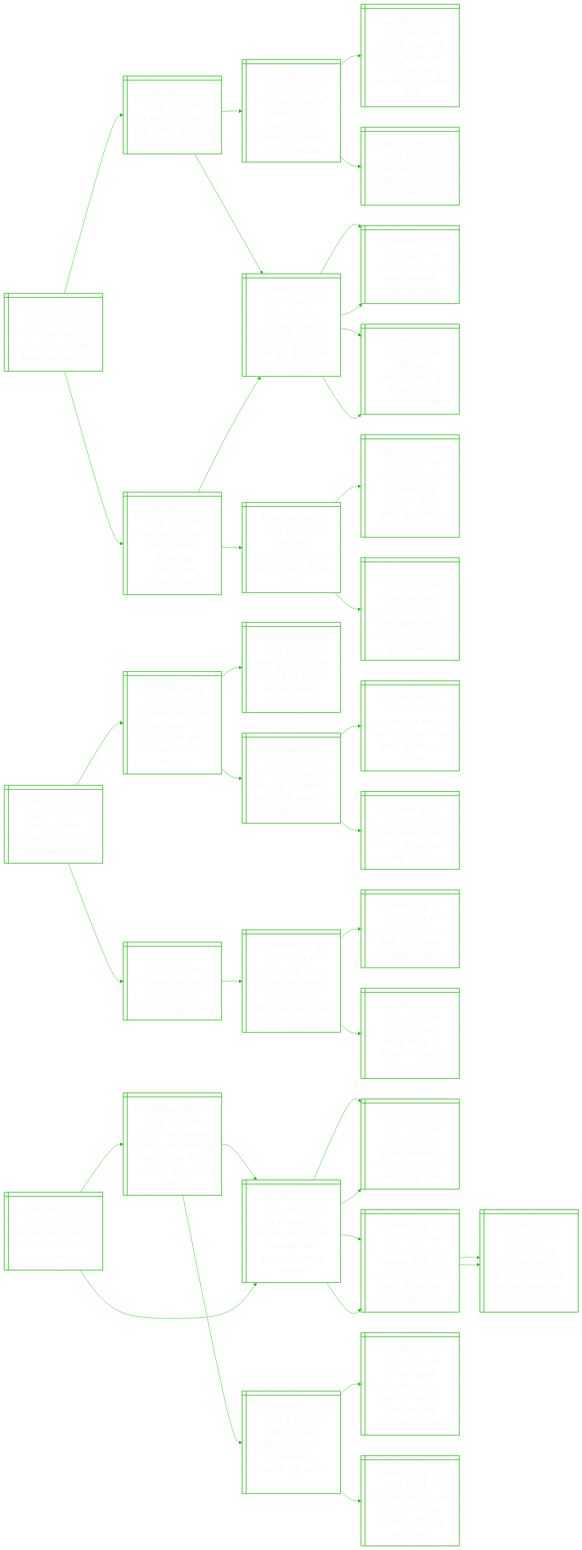
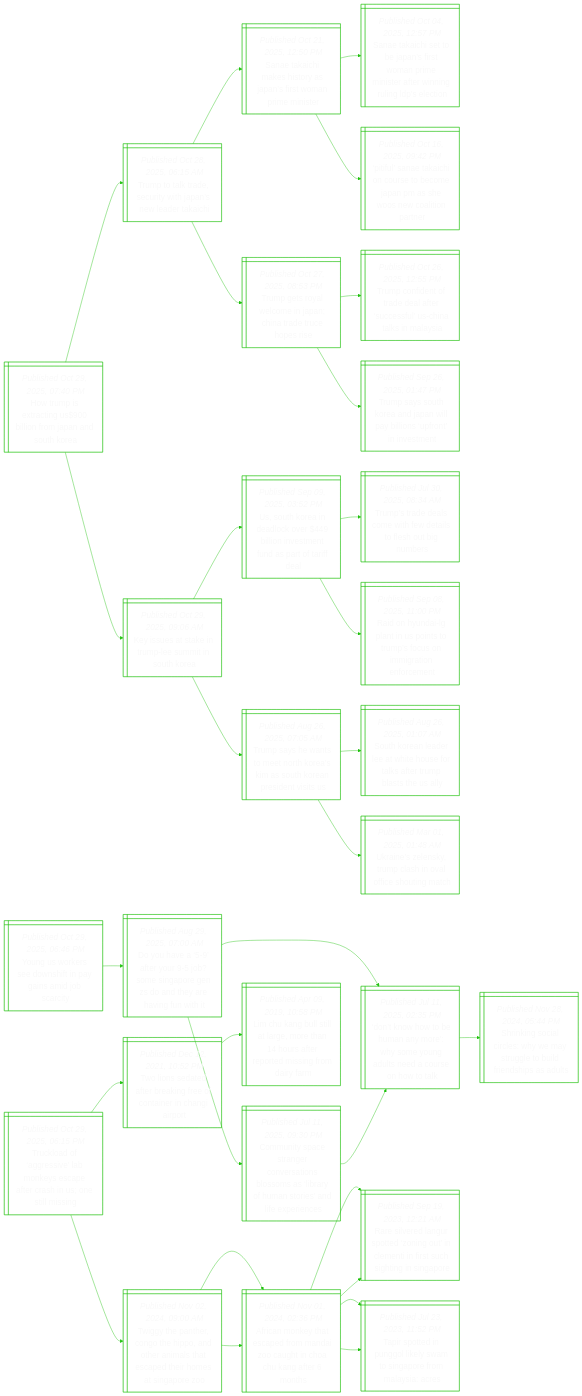
The diagram in README.md (notJmes/notJmes), drawn with Mermaid before and after one commit. The commit also changed other lines of this file, not shown here.

````diff
--- a/README.md
+++ b/README.md
@@ -16,121 +16,100 @@
 flowchart LR
 classDef txtsize font-size:20px;
 
-HceaCofeaJc@{ shape: win-pane, label: "_Published Oct 29, 2025, 04:46 PM_
-Hurricane melissa hits cuba hours after devastating jamaica" }
-JcrsrmiMsnu@{ shape: win-pane, label: "_Published Oct 28, 2025, 08:05 PM_
-Jamaica’s strongest-ever storm, hurricane melissa, turns to cuba" }
-Imhmgitmrnetic@{ shape: win-pane, label: "_Published Nov 20, 2024, 07:49 PM_
-Is climate change making tropical storms more frequent? scientists say it’s unclear" }
-Ctatoalenivlei@{ shape: win-pane, label: "_Published Nov 19, 2024, 06:00 PM_
-Climate finance at cop29: loans can’t help developing nations avert climate crisis" }
-SToythpmoua@{ shape: win-pane, label: "_Published Nov 17, 2024, 10:45 AM_
-Super typhoon man-yi batters philippines’ most populous island" }
-HcehnaaaaHamau@{ shape: win-pane, label: "_Published Jul 03, 2024, 01:40 PM_
-Hurricane beryl, churning towards jamaica, threatens haiti and dominican republic" }
-Pfrnymael@{ shape: win-pane, label: "_Published Jul 02, 2024, 11:05 AM_
-Powerful hurricane beryl pummels caribbean islands" }
-Wptfitfnreo@{ shape: win-pane, label: "_Published Jul 03, 2024, 12:20 PM_
-Why ‘rapid intensification’ is transforming hurricane season" }
-HceanhaatoCoo@{ shape: win-pane, label: "_Published Oct 28, 2025, 04:05 AM_
-Hurricane melissa begins lashing jamaica as ‘catastrophic’ category 5 storm" }
-HcehnaaaaHamau@{ shape: win-pane, label: "_Published Jul 03, 2024, 01:40 PM_
-Hurricane beryl, churning towards jamaica, threatens haiti and dominican republic" }
-Pfrnymael@{ shape: win-pane, label: "_Published Jul 02, 2024, 11:05 AM_
-Powerful hurricane beryl pummels caribbean islands" }
-Wptfitfnreo@{ shape: win-pane, label: "_Published Jul 03, 2024, 12:20 PM_
-Why ‘rapid intensification’ is transforming hurricane season" }
-SlUegonrctn@{ shape: win-pane, label: "_Published Sep 01, 2025, 05:00 AM_
-St explains: unravelling typhoons and emerging climate trends" }
-ToilVaTatnoedo@{ shape: win-pane, label: "_Published Aug 27, 2025, 01:57 PM_
-Typhoon kajiki kills 8 in vietnam and thailand, with warnings of more flooding to come" }
-SlWathradnresrs@{ shape: win-pane, label: "_Published Aug 26, 2025, 01:18 PM_
-St explains: what caused the johor earthquake and is singapore safe from such tremors?" }
+HuecUlrpdha@{ shape: win-pane, label: "_Published Oct 29, 2025, 07:40 PM_
+How trump is extracting us$900 billion from japan and south korea" }
+Ttkeripedki@{ shape: win-pane, label: "_Published Oct 28, 2025, 06:15 AM_
+Trump to talk trade, security with japan’s new leader takaichi" }
+STcksaarminr@{ shape: win-pane, label: "_Published Oct 21, 2025, 12:50 PM_
+Sanae takaichi makes history as japan’s first woman prime minister" }
+STctJstnesfignst@{ shape: win-pane, label: "_Published Oct 04, 2025, 12:57 PM_
+Sanae takaichi set to be japan’s first woman prime minister after winning ruling ldp’s election" }
+Puaaorbensoctar@{ shape: win-pane, label: "_Published Oct 16, 2025, 09:42 PM_
+‘pitiful’ sanae takaichi on course to become japan pm as she woos new coalition partner" }
+Tgoeepiaups@{ shape: win-pane, label: "_Published Oct 27, 2025, 08:53 PM_
+Trump gets royal welcome in japan; china trade truce hopes rise" }
+TcdfeassUnkai@{ shape: win-pane, label: "_Published Oct 26, 2025, 12:55 PM_
+Trump confident of trade deal after ‘successful’ us-china talks in malaysia" }
+Tsoonalinrnst@{ shape: win-pane, label: "_Published Sep 26, 2025, 01:47 PM_
+Trump says south korea and japan will pay billions ‘upfront’ in investment" }
+Ksteueioo@{ shape: win-pane, label: "_Published Oct 29, 2025, 09:06 AM_
+Key issues at stake in trump-lee summit in south korea" }
+Uteecrivenatf@{ shape: win-pane, label: "_Published Sep 09, 2025, 03:52 PM_
+Us, south korea in deadlock over $449 billion investment fund as part of tariff deal" }
+Tsesweaohib@{ shape: win-pane, label: "_Published Jul 30, 2025, 08:34 AM_
+Trump’s trade deals come with few details to flesh out big numbers" }
+Rndpiotmcirnrn@{ shape: win-pane, label: "_Published Sep 08, 2025, 11:00 PM_
+Raid on hyundai-lg plant in us points to trump’s focus on immigration enforcement" }
+TsesetemurresS@{ shape: win-pane, label: "_Published Aug 26, 2025, 07:05 AM_
+Trump says he wants to meet north korea’s kim as south korean president visits us" }
+SKneatstaTbsS@{ shape: win-pane, label: "_Published Aug 26, 2025, 01:07 AM_
+South korean leader lee at white house for talks after trump blasts the us ally" }
+Unlyphaiogh@{ shape: win-pane, label: "_Published Mar 01, 2025, 01:48 AM_
+Ukraine’s zelensky, trump clash in oval office shouting match" }
 
-HceaCofeaJc:::txtsize --> JcrsrmiMsnu:::txtsize
-JcrsrmiMsnu:::txtsize --> Imhmgitmrnetic:::txtsize
-Imhmgitmrnetic:::txtsize --> Ctatoalenivlei:::txtsize
-Imhmgitmrnetic:::txtsize --> SToythpmoua:::txtsize
-JcrsrmiMsnu:::txtsize --> HcehnaaaaHamau:::txtsize
-HcehnaaaaHamau:::txtsize --> Pfrnymael:::txtsize
-HcehnaaaaHamau:::txtsize --> Wptfitfnreo:::txtsize
-HceaCofeaJc:::txtsize --> HceanhaatoCoo:::txtsize
-HceanhaatoCoo:::txtsize --> HcehnaaaaHamau:::txtsize
-HcehnaaaaHamau:::txtsize --> Pfrnymael:::txtsize
-HcehnaaaaHamau:::txtsize --> Wptfitfnreo:::txtsize
-HceanhaatoCoo:::txtsize --> SlUegonrctn:::txtsize
-SlUegonrctn:::txtsize --> ToilVaTatnoedo:::txtsize
-SlUegonrctn:::txtsize --> SlWathradnresrs:::txtsize
+HuecUlrpdha:::txtsize --> Ttkeripedki:::txtsize
+Ttkeripedki:::txtsize --> STcksaarminr:::txtsize
+STcksaarminr:::txtsize --> STctJstnesfignst:::txtsize
+STcksaarminr:::txtsize --> Puaaorbensoctar:::txtsize
+Ttkeripedki:::txtsize --> Tgoeepiaups:::txtsize
+Tgoeepiaups:::txtsize --> TcdfeassUnkai:::txtsize
+Tgoeepiaups:::txtsize --> Tsoonalinrnst:::txtsize
+HuecUlrpdha:::txtsize --> Ksteueioo:::txtsize
+Ksteueioo:::txtsize --> Uteecrivenatf:::txtsize
+Uteecrivenatf:::txtsize --> Tsesweaohib:::txtsize
+Uteecrivenatf:::txtsize --> Rndpiotmcirnrn:::txtsize
+Ksteueioo:::txtsize --> TsesetemurresS:::txtsize
+TsesetemurresS:::txtsize --> SKneatstaTbsS:::txtsize
+TsesetemurresS:::txtsize --> Unlyphaiogh:::txtsize
 
-Rdtvsorag@{ shape: win-pane, label: "_Published Oct 29, 2025, 04:35 PM_
-Record potato harvest is no boon in fries-mad belgium" }
-SgaareWoresoeiTk@{ shape: win-pane, label: "_Published Aug 16, 2025, 12:15 PM_
-Six-figure sales each durian season: why s’pore durian sellers are now live selling on tiktok" }
-Bioivralbdas@{ shape: win-pane, label: "_Published Aug 04, 2025, 04:00 AM_
-Best gifts for durian lovers from $7 that will last beyond durian season" }
-Tsuieotoiasg@{ shape: win-pane, label: "_Published Jul 12, 2025, 11:15 AM_
-The rise of tupai king, the rage of weather: how durian season is changing" }
-TKelhwhlrma@{ shape: win-pane, label: "_Published May 17, 2025, 03:26 PM_
-‘tupai king’ set to claim the crown in the world of premium durian" }
-SpncooiafE@{ shape: win-pane, label: "_Published Jul 09, 2025, 10:58 AM_
-Singaporeans flock to johor for durian feasts after ge2025" }
-EmnIsiriat@{ shape: win-pane, label: "_Published Oct 07, 2025, 05:15 PM_
-Extreme rain hits india’s premier darjeeling tea estates" }
-Hrteondlssdalna@{ shape: win-pane, label: "_Published Oct 06, 2025, 03:11 PM_
-Heavy rains trigger floods, landslides killing scores in india’s darjeeling and nepal" }
-Hrittpoa@{ shape: win-pane, label: "_Published Oct 05, 2025, 01:31 PM_
-Heavy rain kills at least 47 in nepal, block roads" }
-Toliaonlajg@{ shape: win-pane, label: "_Published Sep 29, 2025, 09:53 AM_
-Typhoon bualoi brings havoc to vietnam, killing 13 and injuring 46" }
+YUkentysjay@{ shape: win-pane, label: "_Published Oct 29, 2025, 06:46 PM_
+Young us workers see downshift in pay gains amid job scarcity" }
+DhayoeaGdtrini@{ shape: win-pane, label: "_Published Aug 29, 2025, 07:00 AM_
+Do you have a ‘5-9’ after your 9-5 job? some singapore gen zs do and they are having fun with it" }
+Dnwharsodncewl@{ shape: win-pane, label: "_Published Jul 11, 2025, 02:35 PM_
+‘don’t know how to be human any more’: why some young adults need a course on how to talk" }
+Skocewsgbfdsu@{ shape: win-pane, label: "_Published Nov 28, 2024, 05:44 PM_
+Shrinking social circles: why we may struggle to build friendships as adults" }
+Cnptevtbolrutsipn@{ shape: win-pane, label: "_Published Jul 11, 2025, 09:30 PM_
+Community space stranger conversations blossoms as ‘library of human stories’ and life experiences" }
+Dnwharsodncewl@{ shape: win-pane, label: "_Published Jul 11, 2025, 02:35 PM_
+‘don’t know how to be human any more’: why some young adults need a course on how to talk" }
 
-Rdtvsorag:::txtsize --> SgaareWoresoeiTk:::txtsize
-SgaareWoresoeiTk:::txtsize --> Bioivralbdas:::txtsize
-SgaareWoresoeiTk:::txtsize --> Tsuieotoiasg:::txtsize
-Tsuieotoiasg:::txtsize --> TKelhwhlrma:::txtsize
-Tsuieotoiasg:::txtsize --> SpncooiafE:::txtsize
-Rdtvsorag:::txtsize --> EmnIsiriat:::txtsize
-EmnIsiriat:::txtsize --> Hrteondlssdalna:::txtsize
-Hrteondlssdalna:::txtsize --> Hrittpoa:::txtsize
-Hrteondlssdalna:::txtsize --> Toliaonlajg:::txtsize
+YUkentysjay:::txtsize --> DhayoeaGdtrini:::txtsize
+DhayoeaGdtrini:::txtsize --> Dnwharsodncewl:::txtsize
+Dnwharsodncewl:::txtsize --> Skocewsgbfdsu:::txtsize
+DhayoeaGdtrini:::txtsize --> Cnptevtbolrutsipn:::txtsize
+Cnptevtbolrutsipn:::txtsize --> Dnwharsodncewl:::txtsize
 
-Binredber@{ shape: win-pane, label: "_Published Oct 29, 2025, 03:45 PM_
-Britain’s king charles heckled over brother andrew" }
-Bsarcetfgeostei@{ shape: win-pane, label: "_Published Oct 26, 2025, 09:30 PM_
-British royal andrew faces speculation of being forced out of mansion, stripped of titles" }
-Vnumroeieryin@{ shape: win-pane, label: "_Published Oct 21, 2025, 06:12 PM_
-Virginia giuffre memoir goes on sale, heaping fresh scrutiny on prince andrew" }
-Biinastiifeal@{ shape: win-pane, label: "_Published Feb 16, 2022, 12:22 AM_
-Britain's prince andrew agrees to settle virginia giuffre sex assault claim" }
-BiingunluYteaas@{ shape: win-pane, label: "_Published Oct 18, 2025, 03:26 AM_
-Britain’s prince andrew gives up using title of duke of york, still denies accusations" }
-Jetcriiebceiy@{ shape: win-pane, label: "_Published Apr 26, 2025, 12:15 PM_
-Jeffrey epstein accuser virginia giuffre dies by suicide, her family says" }
-Jetcriierctfulrh@{ shape: win-pane, label: "_Published Apr 02, 2025, 01:05 AM_
-Jeffrey epstein accuser virginia giuffre in serious condition after australia car crash" }
-FrlEphrsssch@{ shape: win-pane, label: "_Published Mar 13, 2025, 02:31 AM_
-Former barclays ceo slept with jeffrey epstein’s assistant, court hears" }
-Vnumroeieryin@{ shape: win-pane, label: "_Published Oct 21, 2025, 06:12 PM_
-Virginia giuffre memoir goes on sale, heaping fresh scrutiny on prince andrew" }
-Biinastiifeal@{ shape: win-pane, label: "_Published Feb 16, 2022, 12:22 AM_
-Britain's prince andrew agrees to settle virginia giuffre sex assault claim" }
-BiingunluYteaas@{ shape: win-pane, label: "_Published Oct 18, 2025, 03:26 AM_
-Britain’s prince andrew gives up using title of duke of york, still denies accusations" }
-Peeuaaaehatho@{ shape: win-pane, label: "_Published Oct 16, 2025, 06:12 PM_
-Prince andrew accuser says he acted as if sex with her was ‘birthright’: memoir" }
-Peeuaaaehatho@{ shape: win-pane, label: "_Published Oct 16, 2025, 06:12 PM_
-Prince andrew accuser says he acted as if sex with her was ‘birthright’: memoir" }
+TlfeeospesStig@{ shape: win-pane, label: "_Published Oct 29, 2025, 06:15 PM_
+Truckload of ‘aggressive’ lab monkeys escape after crash in us; one still missing" }
+TodabieonCio@{ shape: win-pane, label: "_Published Dec 12, 2021, 10:52 PM_
+Two lions sedated after breaking free of container in changi airport" }
+Lubttetofeesrir@{ shape: win-pane, label: "_Published Apr 09, 2019, 10:58 PM_
+Lim chu kang bull still at large, more than 14 hours after reported missing from dairy farm" }
+Tyaroinemhcthage@{ shape: win-pane, label: "_Published Nov 02, 2024, 09:00 AM_
+Twiggy the panther, congo the hippo, and other animals that escaped their homes at singapore zoo" }
+AakaarnogChgrh@{ shape: win-pane, label: "_Published Nov 01, 2024, 02:36 PM_
+African monkey that escaped from mandai zoo caught in choa chu kang after 6 months" }
+RiegozgnentsiSp@{ shape: win-pane, label: "_Published Sep 19, 2023, 12:21 AM_
+Rare silvered langur spotted ‘zoning out’ in clementi in first such sighting in singapore" }
+Tseullmnrmyc@{ shape: win-pane, label: "_Published Jul 23, 2023, 11:52 PM_
+Tapir spotted in punggol likely swam to singapore from malaysia: acres" }
+AakaarnogChgrh@{ shape: win-pane, label: "_Published Nov 01, 2024, 02:36 PM_
+African monkey that escaped from mandai zoo caught in choa chu kang after 6 months" }
+RiegozgnentsiSp@{ shape: win-pane, label: "_Published Sep 19, 2023, 12:21 AM_
+Rare silvered langur spotted ‘zoning out’ in clementi in first such sighting in singapore" }
+Tseullmnrmyc@{ shape: win-pane, label: "_Published Jul 23, 2023, 11:52 PM_
+Tapir spotted in punggol likely swam to singapore from malaysia: acres" }
 
-Binredber:::txtsize --> Bsarcetfgeostei:::txtsize
-Bsarcetfgeostei:::txtsize --> Vnumroeieryin:::txtsize
-Vnumroeieryin:::txtsize --> Biinastiifeal:::txtsize
-Vnumroeieryin:::txtsize --> BiingunluYteaas:::txtsize
-Bsarcetfgeostei:::txtsize --> Jetcriiebceiy:::txtsize
-Jetcriiebceiy:::txtsize --> Jetcriierctfulrh:::txtsize
-Jetcriiebceiy:::txtsize --> FrlEphrsssch:::txtsize
-Binredber:::txtsize --> Vnumroeieryin:::txtsize
-Vnumroeieryin:::txtsize --> Biinastiifeal:::txtsize
-Vnumroeieryin:::txtsize --> BiingunluYteaas:::txtsize
-BiingunluYteaas:::txtsize --> Peeuaaaehatho:::txtsize
-BiingunluYteaas:::txtsize --> Peeuaaaehatho:::txtsize
+TlfeeospesStig:::txtsize --> TodabieonCio:::txtsize
+TodabieonCio:::txtsize --> Lubttetofeesrir:::txtsize
+TlfeeospesStig:::txtsize --> Tyaroinemhcthage:::txtsize
+Tyaroinemhcthage:::txtsize --> AakaarnogChgrh:::txtsize
+AakaarnogChgrh:::txtsize --> RiegozgnentsiSp:::txtsize
+AakaarnogChgrh:::txtsize --> Tseullmnrmyc:::txtsize
+Tyaroinemhcthage:::txtsize --> AakaarnogChgrh:::txtsize
+AakaarnogChgrh:::txtsize --> RiegozgnentsiSp:::txtsize
+AakaarnogChgrh:::txtsize --> Tseullmnrmyc:::txtsize
 
 ```
````
